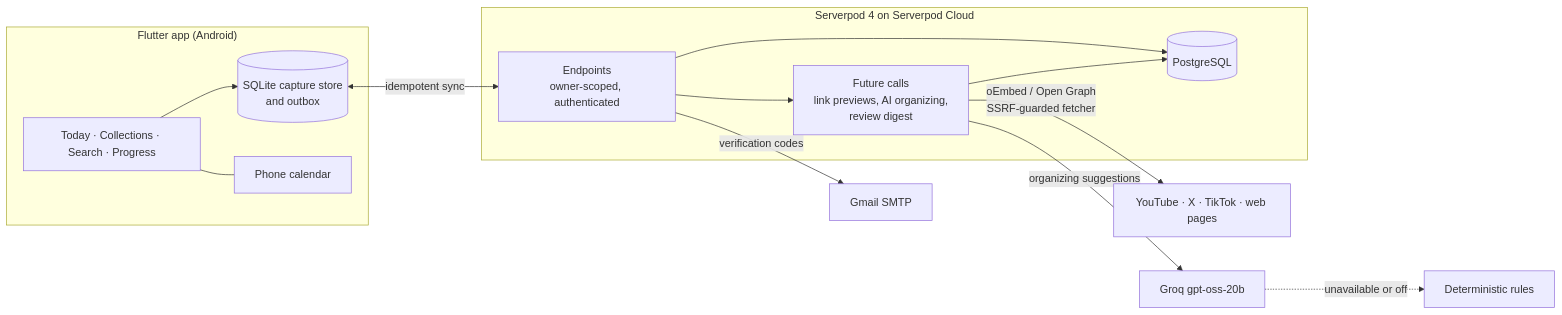
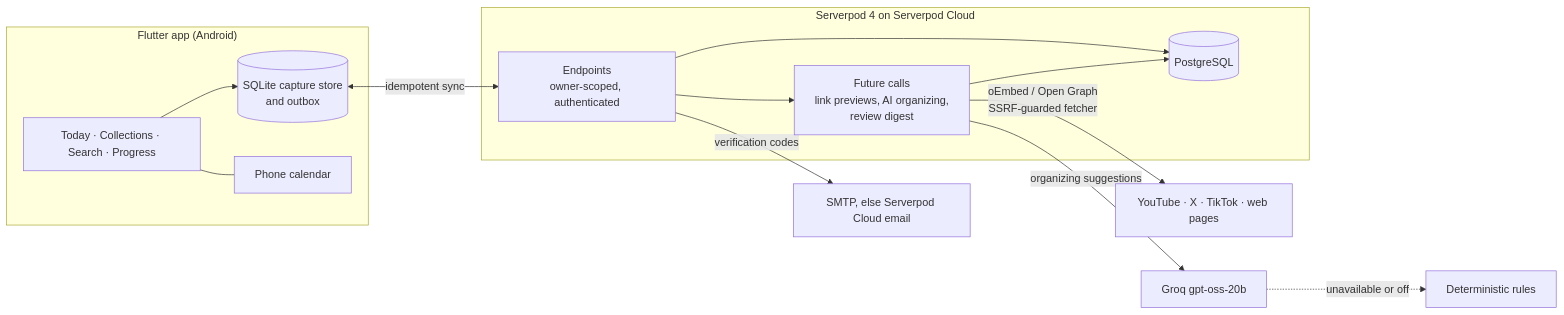
One commit to MI-TECHDLIN/pinne changed the first of 2 diagrams in README.md. Above: the diagram before and after it, drawn with Mermaid. The commit also changed other lines of this file and 9 other files, not shown here.

First line of the commit message:
Fix production sign-up: send codes through the Serverpod Cloud email service when SMTP cannot (#30)

````diff
--- a/README.md
+++ b/README.md
@@ -48,25 +48,25 @@
 ```mermaid
 flowchart LR
   subgraph Phone["Flutter app (Android)"]
     UI["Today · Collections · Search · Progress"]
     Outbox[("SQLite capture store<br/>and outbox")]
     Cal["Phone calendar"]
     UI --> Outbox
     UI --- Cal
   end
 
   subgraph Cloud["Serverpod 4 on Serverpod Cloud"]
     API["Endpoints<br/>owner-scoped, authenticated"]
     FC["Future calls<br/>link previews, AI organizing,<br/>review digest"]
     DB[("PostgreSQL")]
     API --> DB
     API --> FC
     FC --> DB
   end
 
   Outbox <-->|"idempotent sync"| API
   FC -->|"oEmbed / Open Graph<br/>SSRF-guarded fetcher"| Web["YouTube · X · TikTok · web pages"]
   FC -->|"organizing suggestions"| Groq["Groq gpt-oss-20b"]
   Groq -.->|"unavailable or off"| Rules["Deterministic rules"]
-  API -->|"verification codes"| Mail["Gmail SMTP"]
+  API -->|"verification codes"| Mail["SMTP, else Serverpod Cloud email"]
 ```
````
